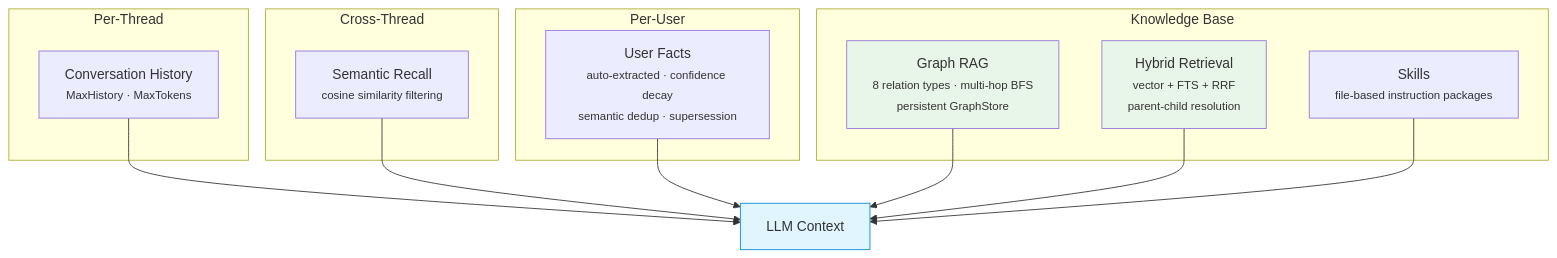
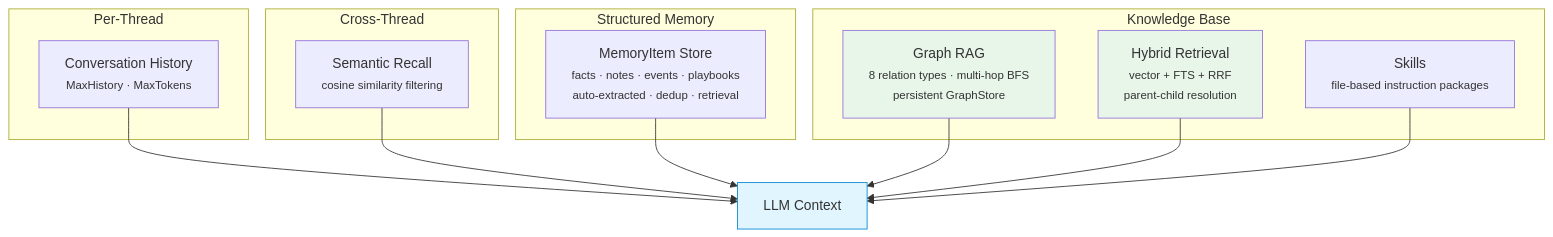
One commit to dreamid27/oasis changed the fifth of 9 diagrams in docs/index.md. Above: the diagram before and after it, drawn with Mermaid. The commit also changed other lines of this file and 76 other files, not shown here.

````diff
--- a/docs/index.md
+++ b/docs/index.md
@@ -212,31 +212,31 @@
 ```mermaid
 graph TB
     subgraph "Per-Thread"
         HIST["Conversation History<br/><small>MaxHistory · MaxTokens</small>"]
     end
 
     subgraph "Cross-Thread"
         SEM["Semantic Recall<br/><small>cosine similarity filtering</small>"]
     end
 
-    subgraph "Per-User"
-        FACTS["User Facts<br/><small>auto-extracted · confidence decay<br/>semantic dedup · supersession</small>"]
+    subgraph "Structured Memory"
+        FACTS["MemoryItem Store<br/><small>facts · notes · events · playbooks<br/>auto-extracted · dedup · retrieval</small>"]
     end
 
     subgraph "Knowledge Base"
         GRAPHRAG["Graph RAG<br/><small>8 relation types · multi-hop BFS<br/>persistent GraphStore</small>"]
         HYBRIDRET["Hybrid Retrieval<br/><small>vector + FTS + RRF<br/>parent-child resolution</small>"]
         SKILLS["Skills<br/><small>file-based instruction packages</small>"]
     end
 
     HIST --> LLM["LLM Context"]
     SEM --> LLM
     FACTS --> LLM
     GRAPHRAG --> LLM
     HYBRIDRET --> LLM
     SKILLS --> LLM
 
     style LLM fill:#e1f5fe,stroke:#0288d1
     style GRAPHRAG fill:#e8f5e9
     style HYBRIDRET fill:#e8f5e9
 ```
````
